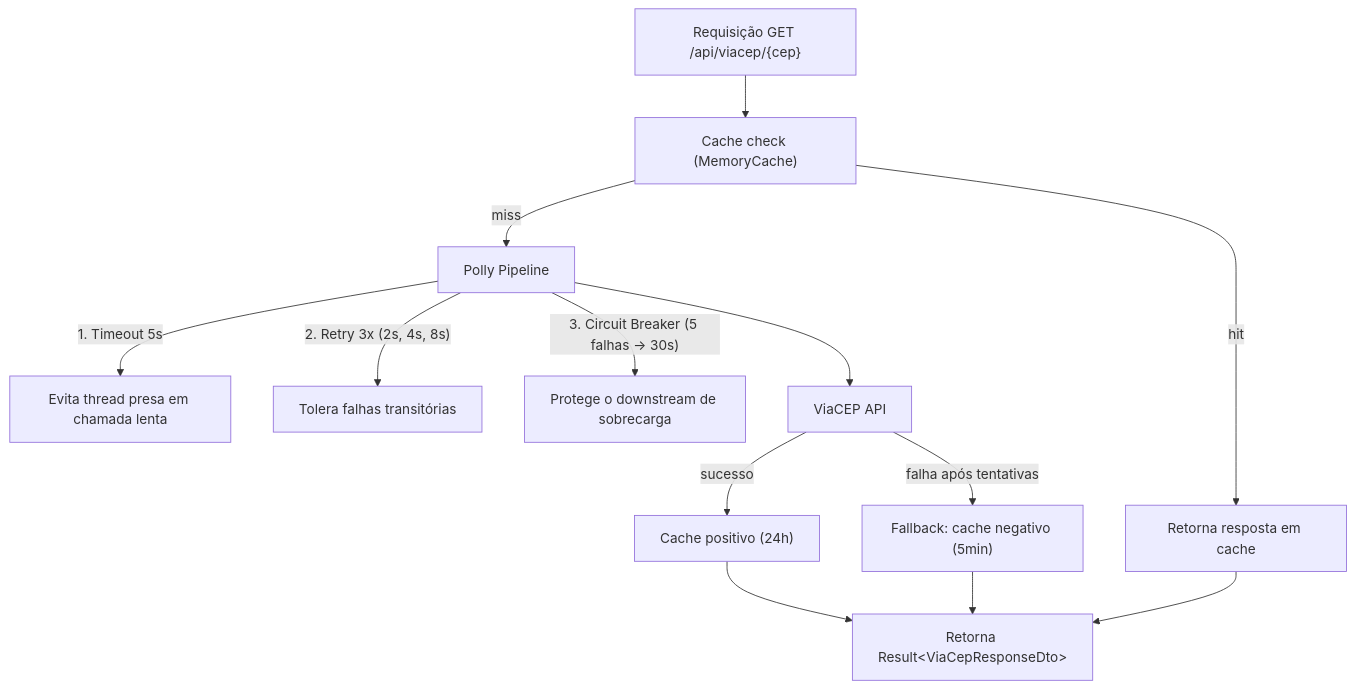
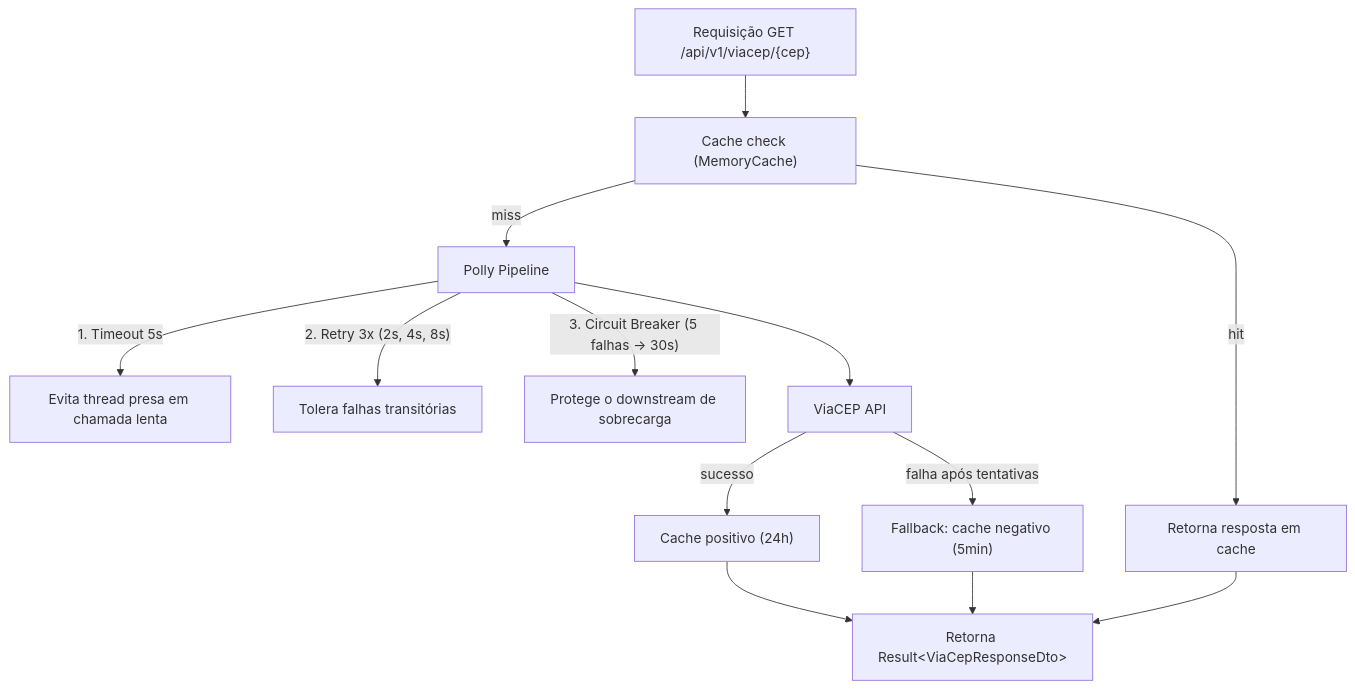
One commit to MateusGovea/SeniorCrud changed the fourth of 5 diagrams in README.md. Above: the diagram before and after it, drawn with Mermaid. The commit also changed other lines of this file and 205 other files, not shown here.

````diff
--- a/README.md
+++ b/README.md
@@ -576,15 +576,15 @@
 ```mermaid
 flowchart TD
-    R["Requisição GET /api/viacep/{cep}"] --> C["Cache check (MemoryCache)"]
+    R["Requisição GET /api/v1/viacep/{cep}"] --> C["Cache check (MemoryCache)"]
     C -->|"hit"| HIT["Retorna resposta em cache"]
     C -->|"miss"| P["Polly Pipeline"]
     P -->|"1. Timeout 5s"| T["Evita thread presa em chamada lenta"]
     P -->|"2. Retry 3x (2s, 4s, 8s)"| RET["Tolera falhas transitórias"]
     P -->|"3. Circuit Breaker (5 falhas → 30s)"| CB["Protege o downstream de sobrecarga"]
     P --> VC["ViaCEP API"]
     VC -->|"sucesso"| POS["Cache positivo (24h)"]
     VC -->|"falha após tentativas"| NEG["Fallback: cache negativo (5min)"]
     POS --> OUT["Retorna Result&lt;ViaCepResponseDto&gt;"]
     NEG --> OUT
     HIT --> OUT
 ```
````
